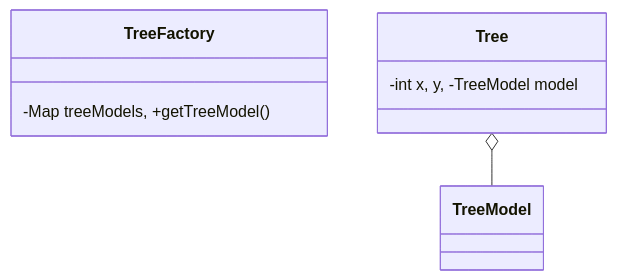
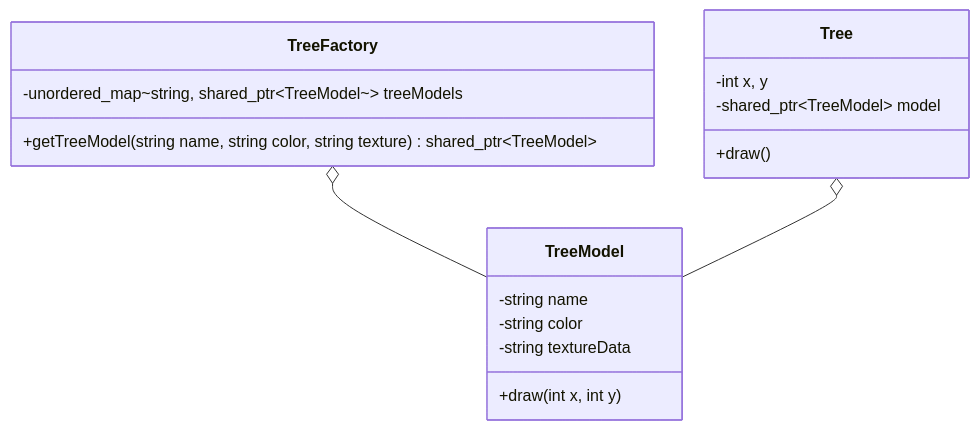
Before and after one commit to divyap271/systemDesign: diagram 14 of 22 in readme.md, drawn with Mermaid. The commit also changed other lines of this file, not shown here.

````diff
--- a/readme.md
+++ b/readme.md
@@ -190,6 +375,20 @@
 ```mermaid
 classDiagram
-    class TreeFactory { -Map treeModels, +getTreeModel() }
-    class Tree { -int x, y, -TreeModel model }
+    class TreeModel {
+        -string name
+        -string color
+        -string textureData
+        +draw(int x, int y)
+    }
+    class TreeFactory {
+        -unordered_map~string, shared_ptr~TreeModel~~ treeModels
+        +getTreeModel(string name, string color, string texture) shared_ptr~TreeModel~
+    }
+    class Tree {
+        -int x, y
+        -shared_ptr~TreeModel~ model
+        +draw()
+    }
+    TreeFactory o-- TreeModel
     Tree o-- TreeModel
 ```
````
